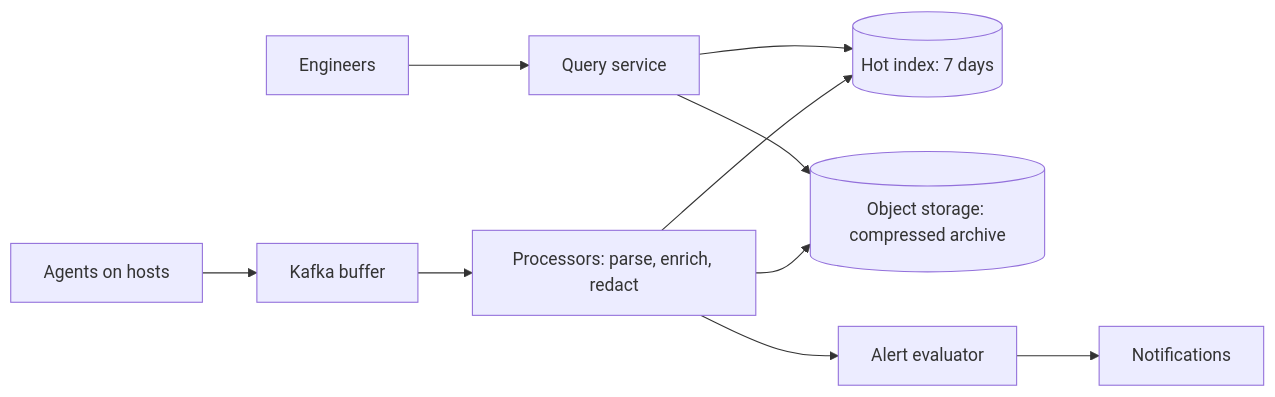
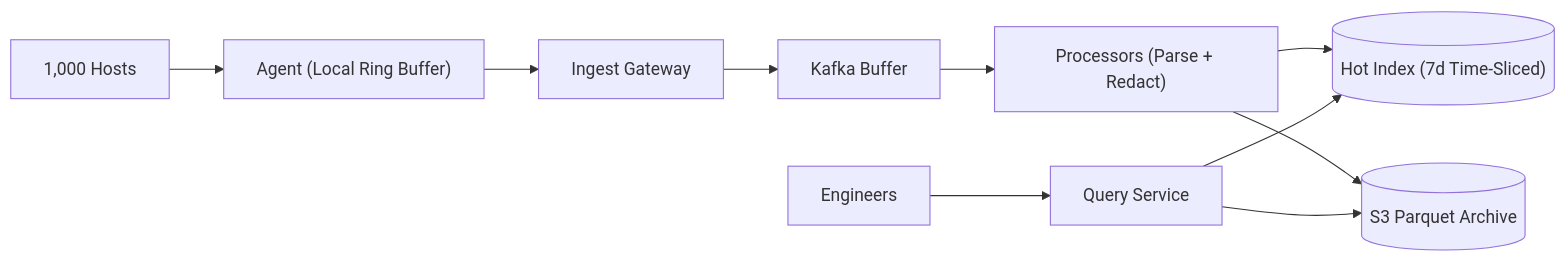
Before and after one commit to TapanKumarBarik/Backend-roadmap: the second of 5 diagrams in content/system-design/22-interview-design-problems/25-logging-and-monitoring-platform/README.md, drawn with Mermaid. The commit also changed other lines of this file and 37 other files, not shown here.

Commit message:
Upgrade Track 22 (37 interview design problems) with scale-by-scale architecture evolution

````diff
--- a/content/system-design/22-interview-design-problems/25-logging-and-monitoring-platform/README.md
+++ b/content/system-design/22-interview-design-problems/25-logging-and-monitoring-platform/README.md
@@ -108,11 +147,10 @@
 ```mermaid
 flowchart LR
-  A["Agents on hosts"] --> K["Kafka buffer"]
-  K --> P["Processors: parse, enrich, redact"]
-  P --> H[("Hot index: 7 days")]
-  P --> C[("Object storage: compressed archive")]
-  Q["Query service"] --> H
-  Q --> C
-  P --> AL["Alert evaluator"] --> N["Notifications"]
-  U["Engineers"] --> Q
+  H["1,000 Hosts"] --> AG["Agent (Local Ring Buffer)"]
+  AG --> GW["Ingest Gateway"] --> K["Kafka Buffer"]
+  K --> PROC["Processors (Parse + Redact)"]
+  PROC --> HOT[("Hot Index (7d Time-Sliced)")]
+  PROC --> S3[("S3 Parquet Archive")]
+  U["Engineers"] --> QS["Query Service"] --> HOT
+  QS --> S3
 ```
````
